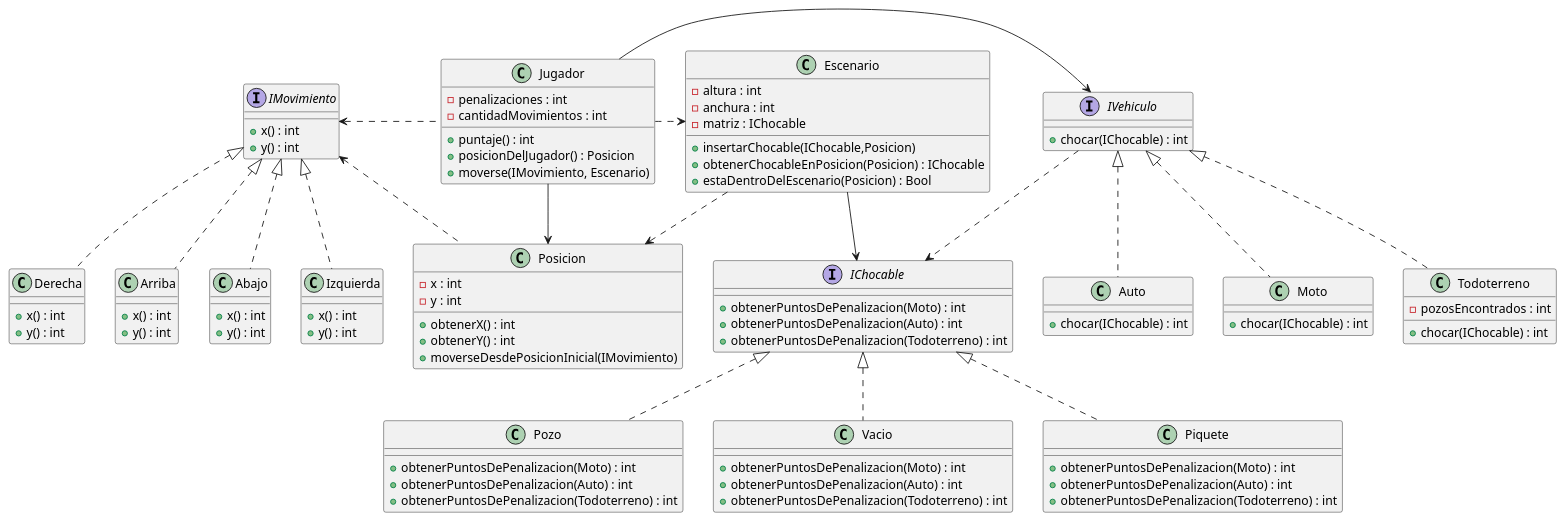
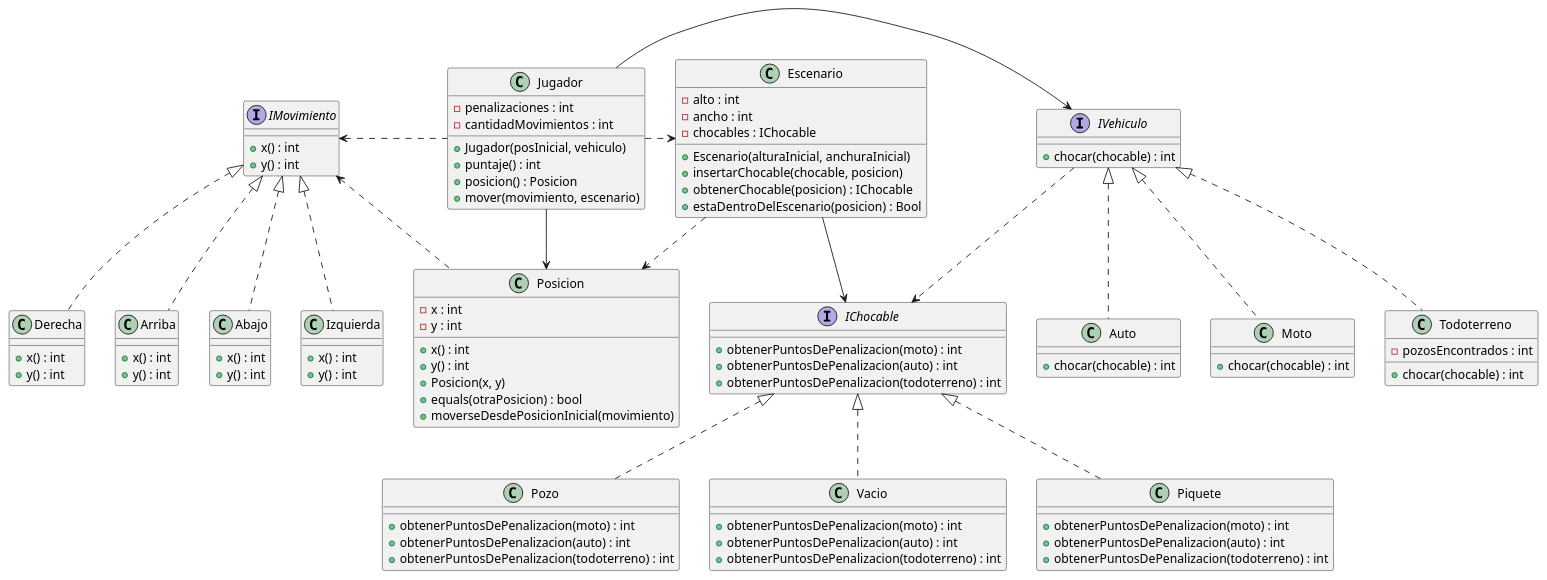
One commit to NestorPala/T17-GPSChallenge changed the diagram in diagrams/classes/diagrama_clase.puml. Above: the diagram before and after it, drawn with PlantUML. The commit also changed 12 other files, not shown here.

Commit message:
renamings de metodos y modificacion del diagrama de clase

```diff
--- a/diagrams/classes/diagrama_clase.puml
+++ b/diagrams/classes/diagrama_clase.puml
@@ -1,115 +1,119 @@
 @startuml
 
 class Jugador {
     - penalizaciones : int
     - cantidadMovimientos : int
+    + Jugador(posInicial, vehiculo) 
     + puntaje() : int
-    + posicionDelJugador() : Posicion
-    + moverse(IMovimiento, Escenario)
+    + posicion() : Posicion
+    + mover(movimiento, escenario)
 }
 
 interface IMovimiento {
     + x() : int
     + y() : int
 }
 
 class Derecha {
     + x() : int
     + y() : int
 }
 class Arriba {
     + x() : int
     + y() : int
 }
 class Abajo {
     + x() : int
     + y() : int
 }
 class Izquierda {
     + x() : int
     + y() : int
 }
 
 class Escenario {
-    - altura : int
-    - anchura : int
-    - matriz : IChocable
-    + insertarChocable(IChocable,Posicion)
-    + obtenerChocableEnPosicion(Posicion) : IChocable
-    + estaDentroDelEscenario(Posicion) : Bool
+    - alto : int
+    - ancho : int
+    - chocables : IChocable
+    + Escenario(alturaInicial, anchuraInicial) 
+    + insertarChocable(chocable, posicion)
+    + obtenerChocable(posicion) : IChocable
+    + estaDentroDelEscenario(posicion) : Bool
 }
 
 class Posicion {
     - x : int
     - y : int
-    + obtenerX() : int
-    + obtenerY() : int
-    + moverseDesdePosicionInicial(IMovimiento)
+    + x() : int
+    + y() : int
+    + Posicion(x, y)
+    + equals(otraPosicion) : bool
+    + moverseDesdePosicionInicial(movimiento)
 }
 
 class Pozo {
-    +  obtenerPuntosDePenalizacion(Moto) : int
-    +  obtenerPuntosDePenalizacion(Auto) : int
-    +  obtenerPuntosDePenalizacion(Todoterreno) : int
+    +  obtenerPuntosDePenalizacion(moto) : int
+    +  obtenerPuntosDePenalizacion(auto) : int
+    +  obtenerPuntosDePenalizacion(todoterreno) : int
 }
 
 class Vacio {
-    +  obtenerPuntosDePenalizacion(Moto) : int
-    +  obtenerPuntosDePenalizacion(Auto) : int
-    +  obtenerPuntosDePenalizacion(Todoterreno) : int
+    +  obtenerPuntosDePenalizacion(moto) : int
+    +  obtenerPuntosDePenalizacion(auto) : int
+    +  obtenerPuntosDePenalizacion(todoterreno) : int
 }
 
-class Piquete {
-    +  obtenerPuntosDePenalizacion(Moto) : int
-    +  obtenerPuntosDePenalizacion(Auto) : int
-    +  obtenerPuntosDePenalizacion(Todoterreno) : int
+class Piquete { 
+    +  obtenerPuntosDePenalizacion(moto) : int
+    +  obtenerPuntosDePenalizacion(auto) : int
+    +  obtenerPuntosDePenalizacion(todoterreno) : int
 }
 
 class Auto {
-    + chocar(IChocable) : int
+    + chocar(chocable) : int
 }
 
 class Moto {
-    + chocar(IChocable) : int
+    + chocar(chocable) : int
 }
 
 class Todoterreno {
     - pozosEncontrados : int
-    + chocar(IChocable) : int
+    + chocar(chocable) : int
 }
 
 interface IVehiculo {
-    + chocar(IChocable) : int
+    + chocar(chocable) : int
 }
 
 interface IChocable {
-    + obtenerPuntosDePenalizacion(Moto) : int
-    + obtenerPuntosDePenalizacion(Auto) : int
-    + obtenerPuntosDePenalizacion(Todoterreno) : int
+    + obtenerPuntosDePenalizacion(moto) : int
+    + obtenerPuntosDePenalizacion(auto) : int
+    + obtenerPuntosDePenalizacion(todoterreno) : int
 }
 
 Jugador -> IVehiculo
 IMovimiento <. Jugador
 
 IVehiculo <|.. Auto
 IVehiculo <|.. Moto
 IVehiculo <|.. Todoterreno
 
 IChocable <|.. Pozo
 IChocable <|.. Vacio
 IChocable <|.. Piquete
 
 IMovimiento <|.. Arriba
 IMovimiento <|.. Abajo
 IMovimiento <|.. Derecha
 IMovimiento <|.. Izquierda
 
 Jugador --> Posicion
 Jugador .> Escenario
 
 Escenario --> IChocable
 Escenario ..> Posicion
 IMovimiento <.. Posicion
 IVehiculo ..> IChocable
 
 @enduml
```
